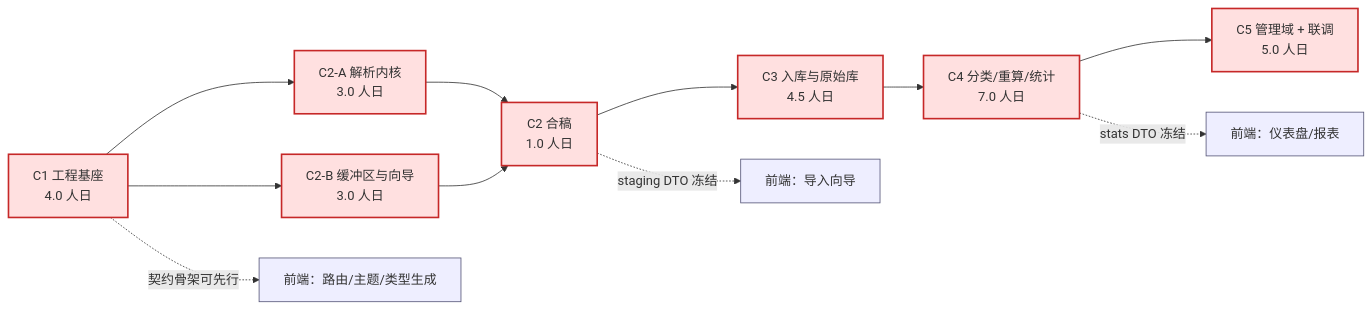
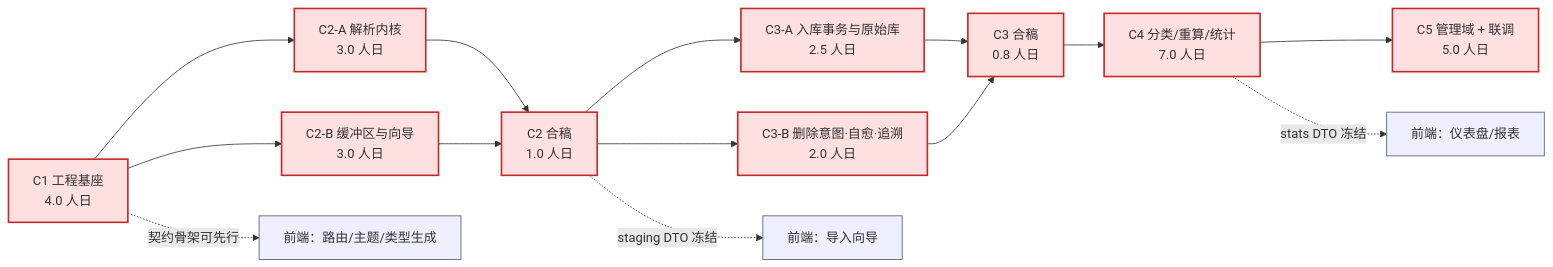
Before and after one commit to blow-prelude/account_dashboard: the diagram in docs/devel/00-后端开发周期总览-v1.0.md, drawn with Mermaid. The commit also changed other lines of this file and 6 other files, not shown here.

````diff
--- a/docs/devel/00-后端开发周期总览-v1.0.md
+++ b/docs/devel/00-后端开发周期总览-v1.0.md
@@ -43,19 +44,22 @@
 ```mermaid
 graph LR
     C1["C1 工程基座<br/>4.0 人日"] --> C2A["C2-A 解析内核<br/>3.0 人日"]
     C1 --> C2B["C2-B 缓冲区与向导<br/>3.0 人日"]
     C2A --> C2["C2 合稿<br/>1.0 人日"]
     C2B --> C2
-    C2 --> C3["C3 入库与原始库<br/>4.5 人日"]
+    C2 --> C3A["C3-A 入库事务与原始库<br/>2.5 人日"]
+    C2 --> C3B["C3-B 删除意图·自愈·追溯<br/>2.0 人日"]
+    C3A --> C3["C3 合稿<br/>0.8 人日"]
+    C3B --> C3
     C3 --> C4["C4 分类/重算/统计<br/>7.0 人日"]
     C4 --> C5["C5 管理域 + 联调<br/>5.0 人日"]
 
     C1 -.->|"契约骨架可先行"| F1["前端：路由/主题/类型生成"]
     C2 -.->|"staging DTO 冻结"| F2["前端：导入向导"]
     C4 -.->|"stats DTO 冻结"| F3["前端：仪表盘/报表"]
 
     classDef cp fill:#ffe0e0,stroke:#c62828,stroke-width:2px;
     classDef ext fill:#eef,stroke:#557;
-    class C1,C2A,C2B,C2,C3,C4,C5 cp;
+    class C1,C2A,C2B,C2,C3A,C3B,C3,C4,C5 cp;
     class F1,F2,F3 ext;
 ```
````
